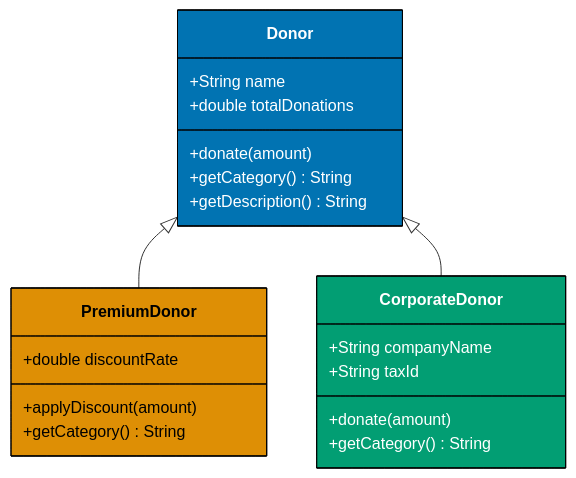
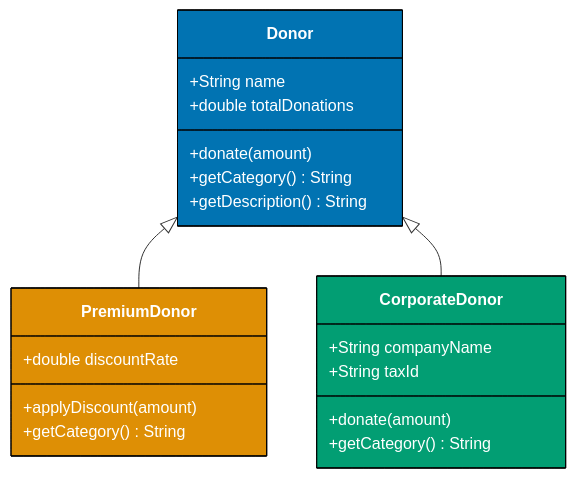
The fifth of 7 diagrams in apps/ayokoding-web/content/en/learn/software-engineering/programming-languages/dart/by-example/intermediate.md (wahidyankf/open-sharia-enterprise), drawn with Mermaid before and after one commit. The commit also changed other lines of this file and 61 other files, not shown here.

First line of the commit message:
fix(ayokoding-web): quote Mermaid node labels with special characters in Example 63

````diff
--- a/apps/ayokoding-web/content/en/learn/software-engineering/programming-languages/dart/by-example/intermediate.md
+++ b/apps/ayokoding-web/content/en/learn/software-engineering/programming-languages/dart/by-example/intermediate.md
@@ -1678,31 +1678,31 @@
 ```mermaid
 %% Color Palette: Blue #0173B2, Orange #DE8F05, Teal #029E73, Purple #CC78BC, Brown #CA9161
 classDiagram
     class Donor {
         +String name
         +double totalDonations
         +donate(amount)
         +getCategory() String
         +getDescription() String
     }
 
     class PremiumDonor {
         +double discountRate
         +applyDiscount(amount)
         +getCategory() String
     }
 
     class CorporateDonor {
         +String companyName
         +String taxId
         +donate(amount)
         +getCategory() String
     }
 
     Donor <|-- PremiumDonor
     Donor <|-- CorporateDonor
 
     style Donor fill:#0173B2,stroke:#000,color:#fff
-    style PremiumDonor fill:#DE8F05,stroke:#000,color:#000
+    style PremiumDonor fill:#DE8F05,stroke:#000,color:#fff
     style CorporateDonor fill:#029E73,stroke:#000,color:#fff
 ```
````
